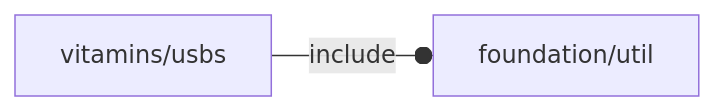
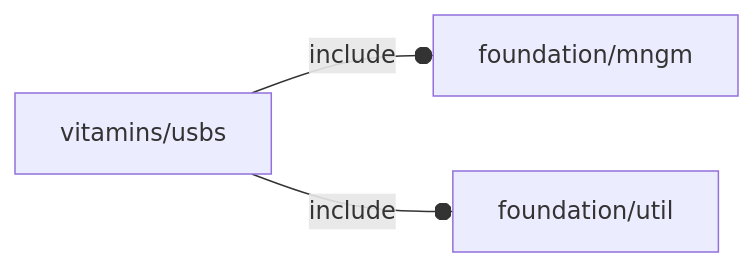
One commit to ggabbiani/OFL changed the diagram in orthodocs/vitamins/usbs.md. Above: the diagram before and after it, drawn with Mermaid. The commit also changed other lines of this file and 39 other files, not shown here.

````diff
--- a/orthodocs/vitamins/usbs.md
+++ b/orthodocs/vitamins/usbs.md
@@ -5,4 +5,5 @@
 ```mermaid
 graph LR
-    A1[vitamins/usbs] --o|include| A2[foundation/util]
+    A1[vitamins/usbs] --o|include| A2[foundation/mngm]
+    A1 --o|include| A3[foundation/util]
 ```
````
